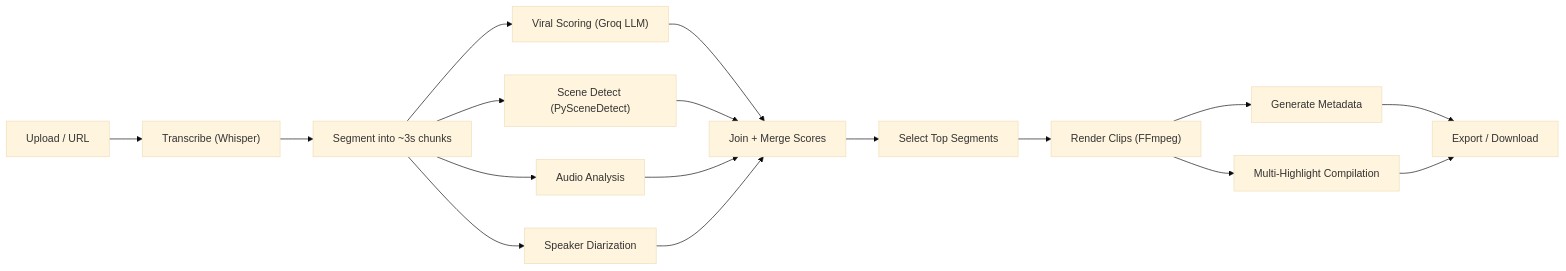
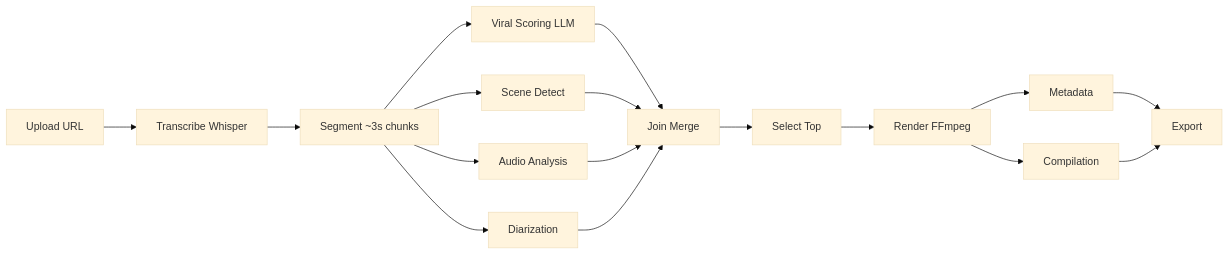
The first of 3 diagrams in README.md (CipherCosmos/ClipForge), drawn with Mermaid (base theme) before and after one commit. The commit also changed other lines of this file, not shown here.

Commit message:
simplified mermaid syntax for github compatibility

````diff
--- a/README.md
+++ b/README.md
@@ -23,19 +23,19 @@
 ```mermaid
-flowchart LR
-    A["Upload / URL"] --> B["Transcribe (Whisper)"]
-    B --> C["Segment into ~3s chunks"]
-    C --> D1["Viral Scoring (Groq LLM)"]
-    C --> D2["Scene Detect (PySceneDetect)"]
-    C --> D3["Audio Analysis"]
-    C --> D4["Speaker Diarization"]
-    D1 --> E["Join + Merge Scores"]
+graph LR
+    A[Upload URL] --> B[Transcribe Whisper]
+    B --> C[Segment ~3s chunks]
+    C --> D1[Viral Scoring LLM]
+    C --> D2[Scene Detect]
+    C --> D3[Audio Analysis]
+    C --> D4[Diarization]
+    D1 --> E[Join Merge]
     D2 --> E
     D3 --> E
     D4 --> E
-    E --> F["Select Top Segments"]
-    F --> G["Render Clips (FFmpeg)"]
-    G --> H["Generate Metadata"]
-    H --> I["Export / Download"]
-    G --> J["Multi-Highlight Compilation"]
+    E --> F[Select Top]
+    F --> G[Render FFmpeg]
+    G --> H[Metadata]
+    H --> I[Export]
+    G --> J[Compilation]
     J --> I
 ```
````
